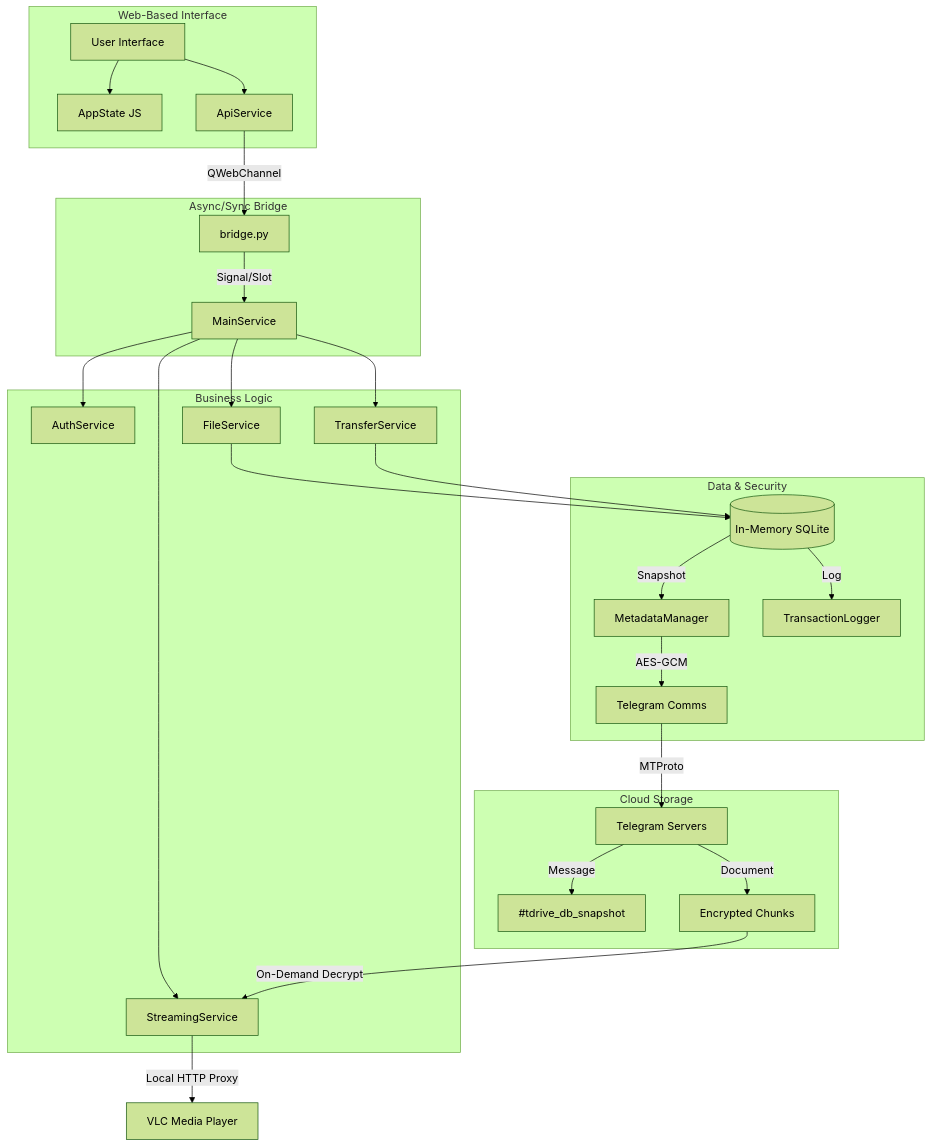
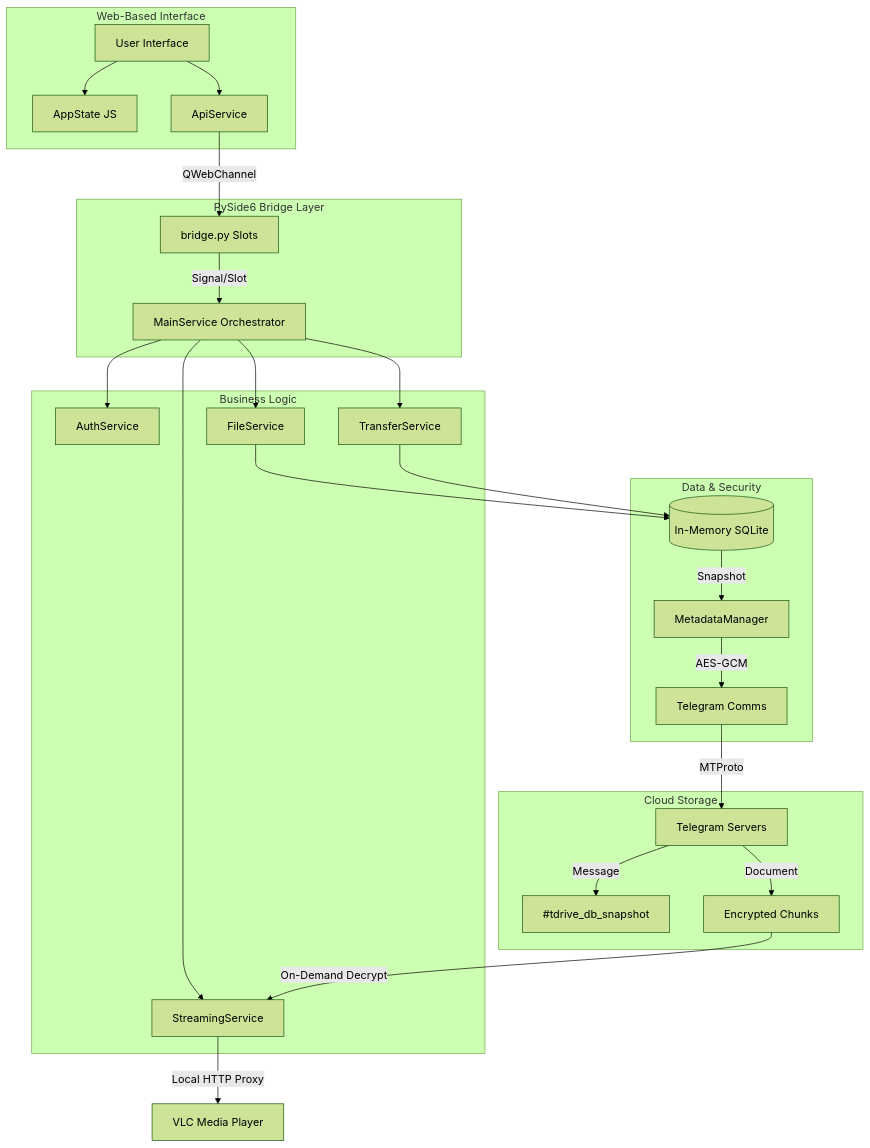
Before and after one commit to Cyw-twntpc/TDrive: the diagram in README.md, drawn with Mermaid (forest theme). The commit also changed other lines of this file and 3 other files, not shown here.

````diff
--- a/README.md
+++ b/README.md
@@ -57,35 +64,34 @@
 ```mermaid
 graph TD
     subgraph Frontend_WebUI [Web-Based Interface]
         UI[User Interface] --> State[AppState JS]
         UI --> API_JS[ApiService]
     end
 
-    subgraph Python_Bridge [Async/Sync Bridge]
-        API_JS -- QWebChannel --> Bridge[bridge.py]
-        Bridge -- Signal/Slot --> MS[MainService]
+    subgraph Python_Bridge [PySide6 Bridge Layer]
+        API_JS -- QWebChannel --> Bridge[bridge.py Slots]
+        Bridge -- Signal/Slot --> MS[MainService Orchestrator]
     end
 
     subgraph Core_Services [Business Logic]
         MS --> AS[AuthService]
         MS --> FS[FileService]
         MS --> TS[TransferService]
         MS --> SS[StreamingService]
     end
 
     subgraph Persistence_Layer [Data & Security]
         FS & TS --> DB[(In-Memory SQLite)]
         DB -- Snapshot --> MM[MetadataManager]
         MM -- AES-GCM --> TG_API[Telegram Comms]
-        DB -- Log --> TL[TransactionLogger]
     end
 
     subgraph Telegram_Cloud [Cloud Storage]
         TG_API -- MTProto --> Telegram[Telegram Servers]
         Telegram -- Message --> DB_Snap[#tdrive_db_snapshot]
         Telegram -- Document --> File_Chunks[Encrypted Chunks]
     end
 
     SS -- Local HTTP Proxy --> Player[VLC Media Player]
     File_Chunks -- On-Demand Decrypt --> SS
 ```
````
